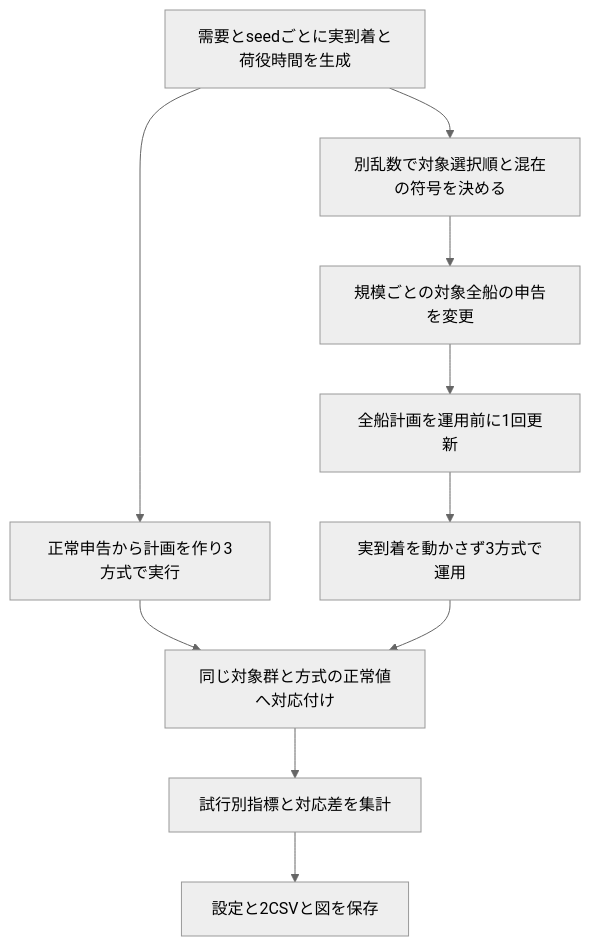
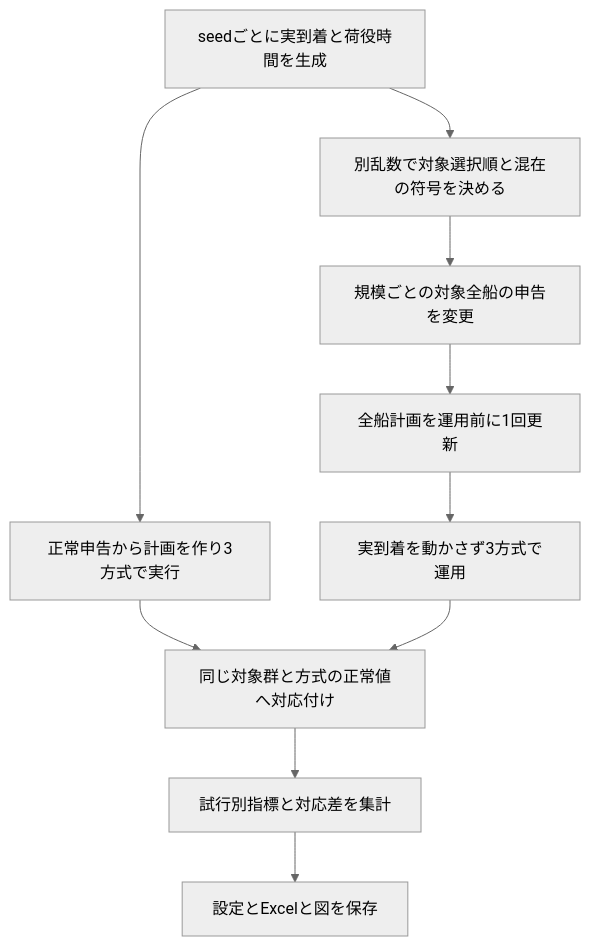
One commit to ryusukeke/thesis changed the diagram in docs/実装説明.md. Above: the diagram before and after it, drawn with Mermaid (neutral theme). The commit also changed other lines of this file and 47 other files, not shown here.

````diff
--- a/docs/実装説明.md
+++ b/docs/実装説明.md
@@ -9,12 +9,12 @@
 ```mermaid
 flowchart TD
-    A[需要とseedごとに実到着と荷役時間を生成] --> B[正常申告から計画を作り3方式で実行]
+    A[seedごとに実到着と荷役時間を生成] --> B[正常申告から計画を作り3方式で実行]
     A --> C[別乱数で対象選択順と混在の符号を決める]
     C --> D[規模ごとの対象全船の申告を変更]
     D --> E[全船計画を運用前に1回更新]
     E --> F[実到着を動かさず3方式で運用]
     B --> G[同じ対象群と方式の正常値へ対応付け]
     F --> G
     G --> H[試行別指標と対応差を集計]
-    H --> I[設定と2CSVと図を保存]
+    H --> I[設定とExcelと図を保存]
 ```
````
